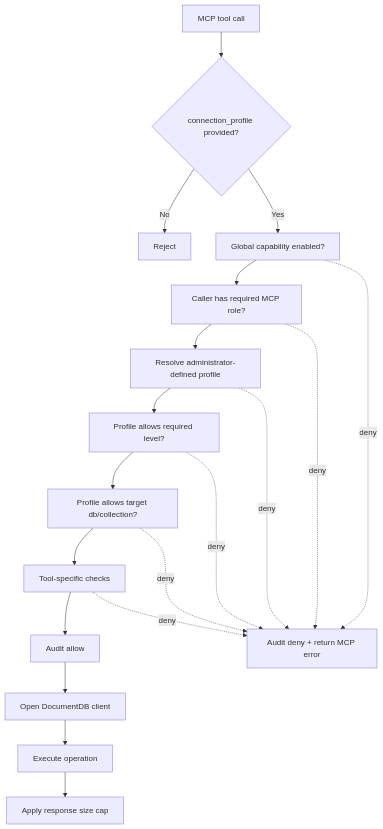
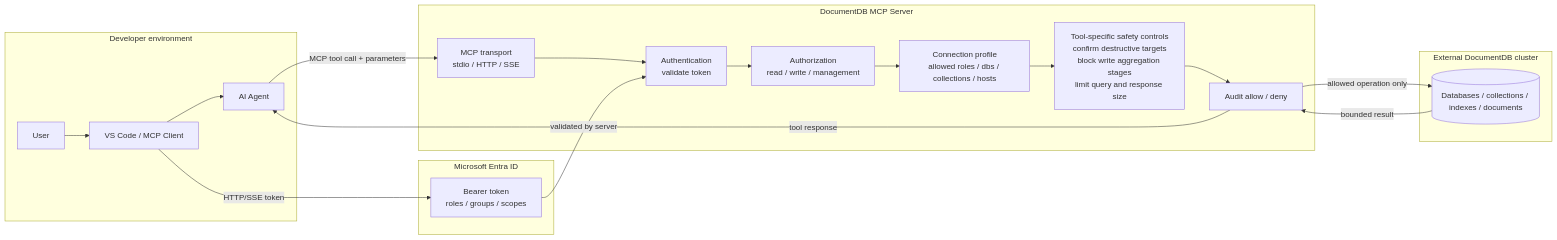
The diagram in docs/design-doc.md (microsoft/documentdb-mcp), drawn with Mermaid before and after one commit. The commit also changed other lines of this file, not shown here.

````diff
--- a/docs/design-doc.md
+++ b/docs/design-doc.md
@@ -222,22 +9,30 @@
 ```mermaid
-flowchart TD
-    A["MCP tool call"] --> B{"connection_profile provided?"}
-    B -->|No| X["Reject"]
-    B -->|Yes| C["Global capability enabled?"]
-    C --> D["Caller has required MCP role?"]
-    D --> E["Resolve administrator-defined profile"]
-    E --> F["Profile allows required level?"]
-    F --> G["Profile allows target db/collection?"]
-    G --> H["Tool-specific checks"]
-    H --> I["Audit allow"]
-    I --> J["Open DocumentDB client"]
-    J --> K["Execute operation"]
-    K --> L["Apply response size cap"]
+flowchart LR
+  subgraph Dev["Developer environment"]
+    U["User"] --> V["VS Code / MCP Client"]
+    V --> A["AI Agent"]
+  end
 
-    C -.deny.-> Y["Audit deny + return MCP error"]
-    D -.deny.-> Y
-    E -.deny.-> Y
-    F -.deny.-> Y
-    G -.deny.-> Y
-    H -.deny.-> Y
+  subgraph IdP["Microsoft Entra ID"]
+    E["Bearer token<br/>roles / groups / scopes"]
+  end
+
+  subgraph Server["DocumentDB MCP Server"]
+    T["MCP transport<br/>stdio / HTTP / SSE"] --> Auth["Authentication<br/>validate token"]
+    Auth --> RBAC["Authorization<br/>read / write / management"]
+    RBAC --> Profile["Connection profile<br/>allowed roles / dbs / collections / hosts"]
+    Profile --> Safety["Tool-specific safety controls<br/>confirm destructive targets<br/>block write aggregation stages<br/>limit query and response size"]
+    Safety --> Audit["Audit allow / deny"]
+  end
+
+  subgraph Data["External DocumentDB cluster"]
+    DB[("Databases / collections / indexes / documents")]
+  end
+
+  A -->|"MCP tool call + parameters"| T
+  V -->|"HTTP/SSE token"| E
+  E -->|"validated by server"| Auth
+  Audit -->|"allowed operation only"| DB
+  DB -->|"bounded result"| Audit
+  Audit -->|"tool response"| A
 ```
````
